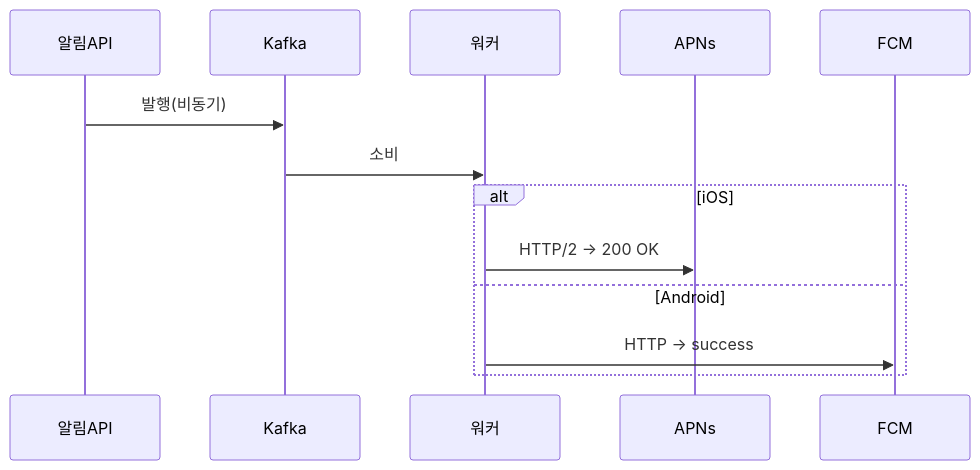
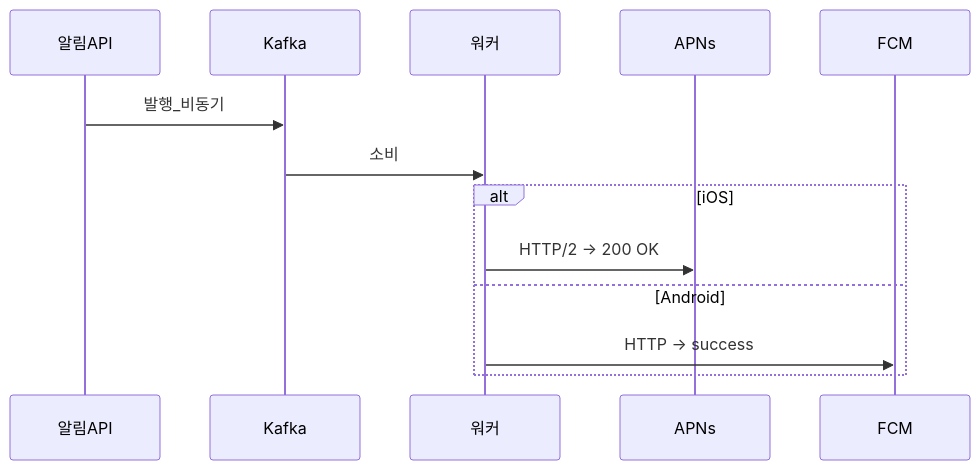
One commit to yjkim2015/yjkim2015.github.io changed the second of 6 diagrams in _posts/systemdesign/2026-05-02-system-design-notification.md. Above: the diagram before and after it, drawn with Mermaid. The commit also changed other lines of this file and 85 other files, not shown here.

First line of the commit message:
sequenceDiagram 문법 에러 2차 수정 169개 (86파일)

````diff
--- a/_posts/systemdesign/2026-05-02-system-design-notification.md
+++ b/_posts/systemdesign/2026-05-02-system-design-notification.md
@@ -130,13 +130,13 @@
 ```mermaid
 sequenceDiagram
     participant API as 알림API
     participant K as Kafka
     participant W as 워커
-    API->>K: 발행(비동기)
+    API->>K: 발행_비동기
     K->>W: 소비
     alt iOS
     W->>APNs: HTTP/2 → 200 OK
     else Android
     W->>FCM: HTTP → success
     end
 ```
````
